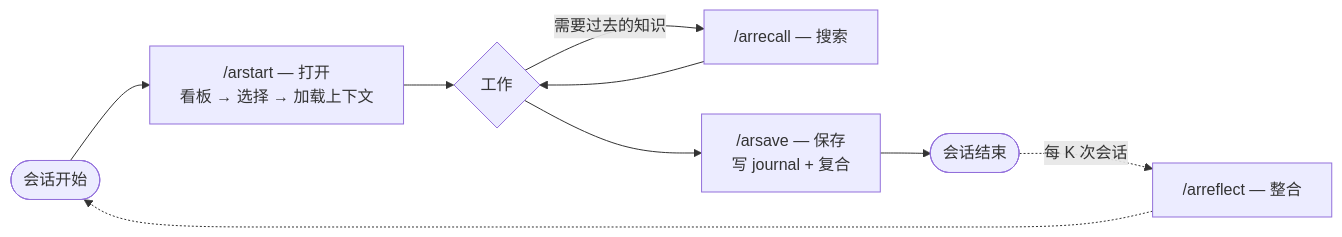
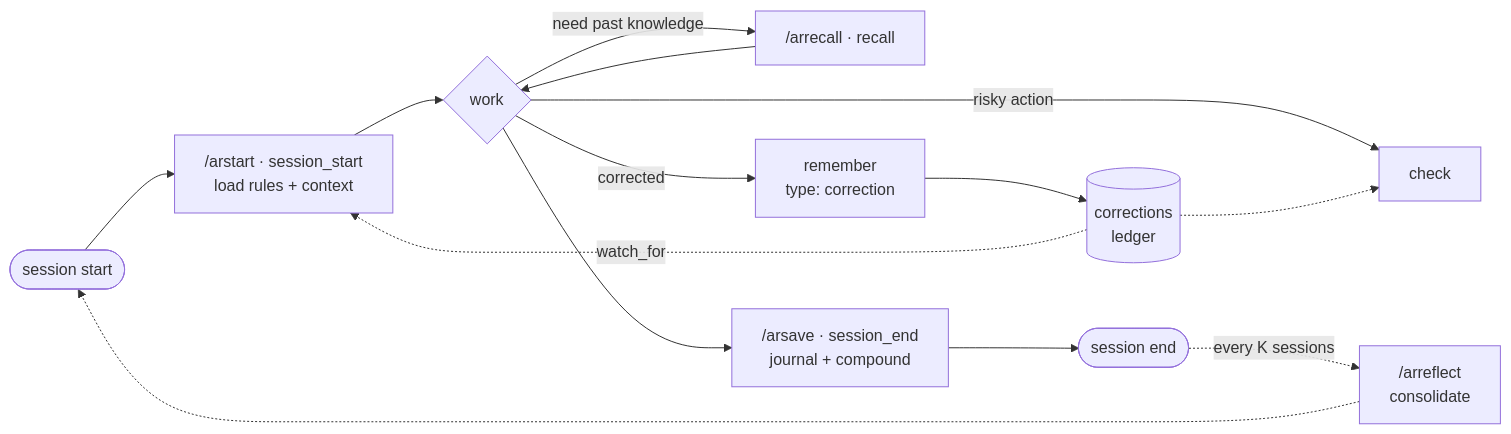
The first of 3 diagrams in README.zh-CN.md (Goldentrii/AgentRecall-X), drawn with Mermaid before and after one commit. The commit also changed other lines of this file and 8 other files, not shown here.

````diff
--- a/README.zh-CN.md
+++ b/README.zh-CN.md
@@ -179,11 +108,16 @@
 ```mermaid
 flowchart LR
-    A([会话开始]) --> B["/arstart — 打开<br/>看板 → 选择 → 加载上下文"]
-    B --> C{工作}
-    C -->|需要过去的知识| D["/arrecall — 搜索"]
+    A([session start]) --> B["/arstart · session_start<br/>load rules + context"]
+    B --> C{work}
+    C -->|need past knowledge| D["/arrecall · recall"]
     D --> C
-    C --> E["/arsave — 保存<br/>写 journal + 复合"]
-    E --> F([会话结束])
-    F -. 每 K 次会话 .-> G["/arreflect — 整合"]
+    C -->|corrected| R["remember<br/>type: correction"]
+    R --> L[(corrections<br/>ledger)]
+    C -->|risky action| K["check"]
+    L -.-> K
+    C --> E["/arsave · session_end<br/>journal + compound"]
+    E --> F([session end])
+    L -. watch_for .-> B
+    F -. every K sessions .-> G["/arreflect<br/>consolidate"]
     G -.-> A
 ```
````
